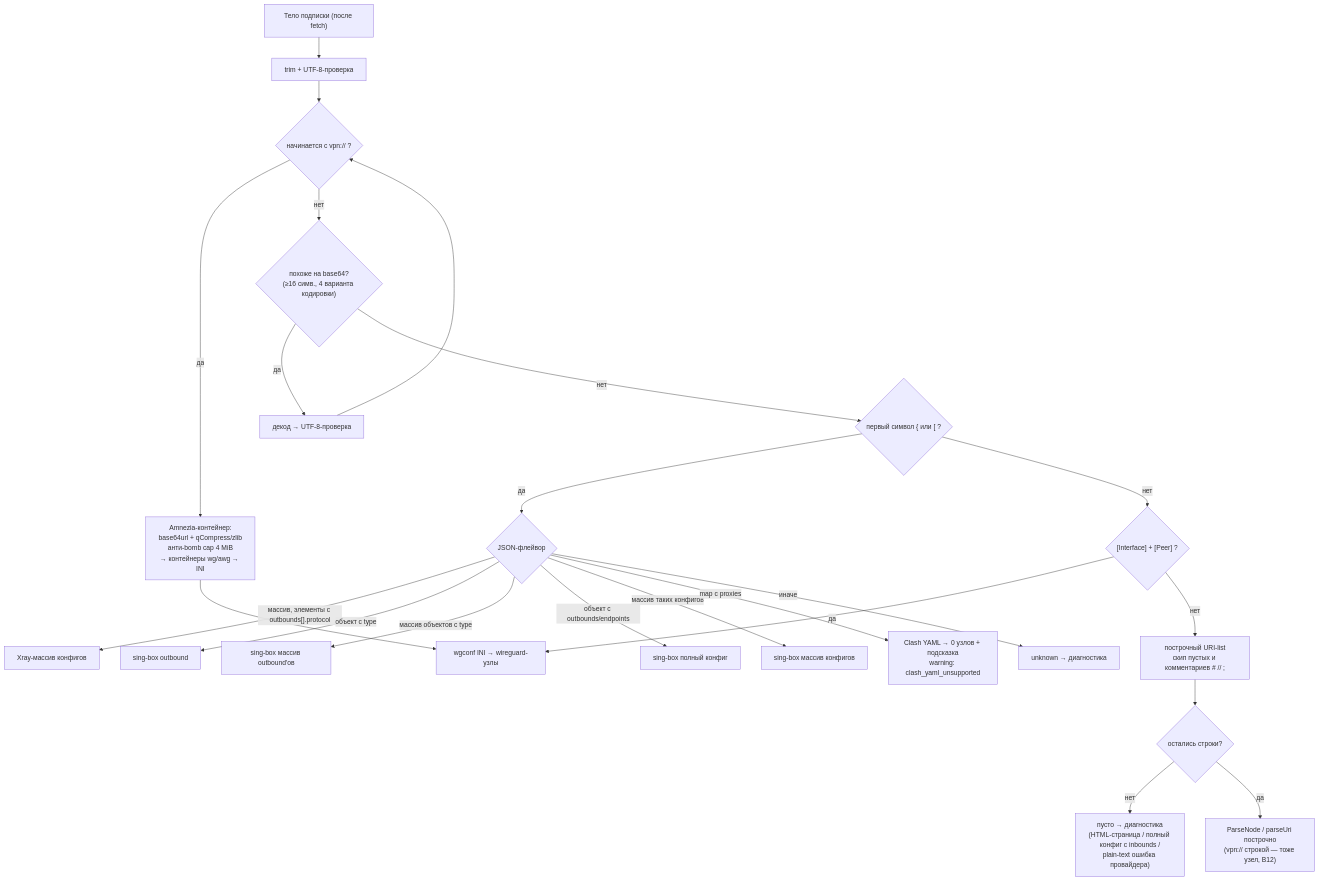
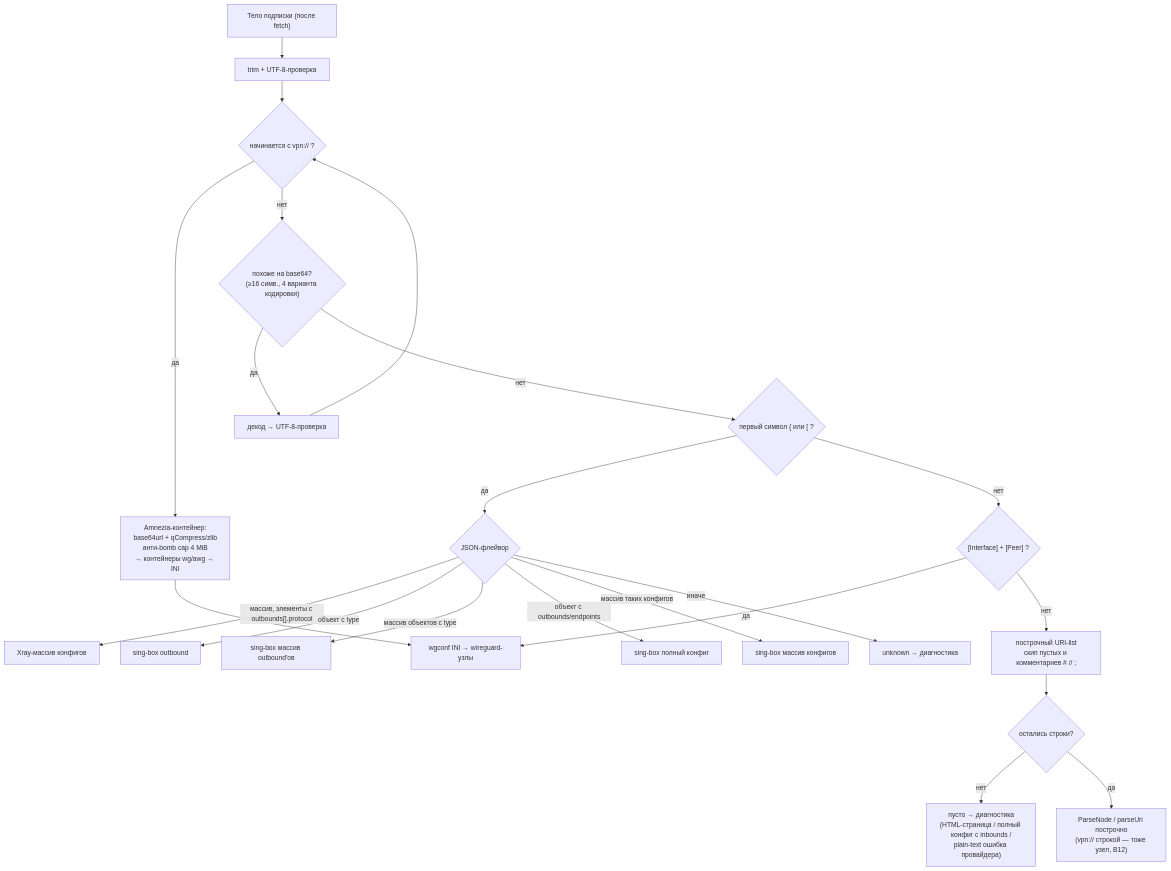
Before and after one commit to Leadaxe/singbox-launcher: the diagram in contract/diagrams/body_classify.mmd, drawn with Mermaid. The commit also changed 4 other files, not shown here.

First line of the commit message:
contract 1.1.51: снят мёртвый код clash_yaml_unsupported

```diff
--- a/contract/diagrams/body_classify.mmd
+++ b/contract/diagrams/body_classify.mmd
@@ -1,34 +1,33 @@
 %% Нормативная классификация тела подписки (SPEC 103, PLAN §4).
 %% Расхождения текущих реализаций: B4 (Go режет одиночный JSON-объект на fetch-пути),
-%% B5 (Go: нет Clash-подсказки), B11 (Go: нет INI-ветки) — целевое состояние ниже.
+%% B11 (Go: нет INI-ветки) — целевое состояние ниже. B5 (Clash-подсказка) снят в контракте 1.1.51:
+%% код clash_yaml_unsupported не ставила ни одна сторона; детект Clash YAML — отдельной фичей по спросу.
 flowchart TD
   A["Тело подписки (после fetch)"] --> T["trim + UTF-8-проверка"]
   T --> V{"начинается с vpn:// ?"}
   V -- да --> AM["Amnezia-контейнер:
 base64url + qCompress/zlib
 анти-bomb cap 4 MiB
 → контейнеры wg/awg → INI"]
   AM --> INI
   V -- нет --> B64{"похоже на base64?
 (≥16 симв., 4 варианта кодировки)"}
   B64 -- да --> DEC["декод → UTF-8-проверка"] --> V
   B64 -- нет --> J{"первый символ { или [ ?"}
   J -- да --> F{"JSON-флейвор"}
   F -->|"массив, элементы с outbounds[].protocol"| X["Xray-массив конфигов"]
   F -->|"объект с type"| S1["sing-box outbound"]
   F -->|"массив объектов с type"| S2["sing-box массив outbound'ов"]
   F -->|"объект с outbounds/endpoints"| S3["sing-box полный конфиг"]
   F -->|"массив таких конфигов"| S4["sing-box массив конфигов"]
-  F -->|"map с proxies"| CY["Clash YAML → 0 узлов + подсказка
-warning: clash_yaml_unsupported"]
   F -->|"иначе"| UNK["unknown → диагностика"]
   J -- нет --> I{"[Interface] + [Peer] ?"}
   I -- да --> INI["wgconf INI → wireguard-узлы"]
   I -- нет --> U["построчный URI-list
 скип пустых и комментариев # // ;"]
   U --> E{"остались строки?"}
   E -- нет --> D["пусто → диагностика
 (HTML-страница / полный конфиг с inbounds /
 plain-text ошибка провайдера)"]
   E -- да --> P["ParseNode / parseUri построчно
 (vpn:// строкой — тоже узел, B12)"]
```
